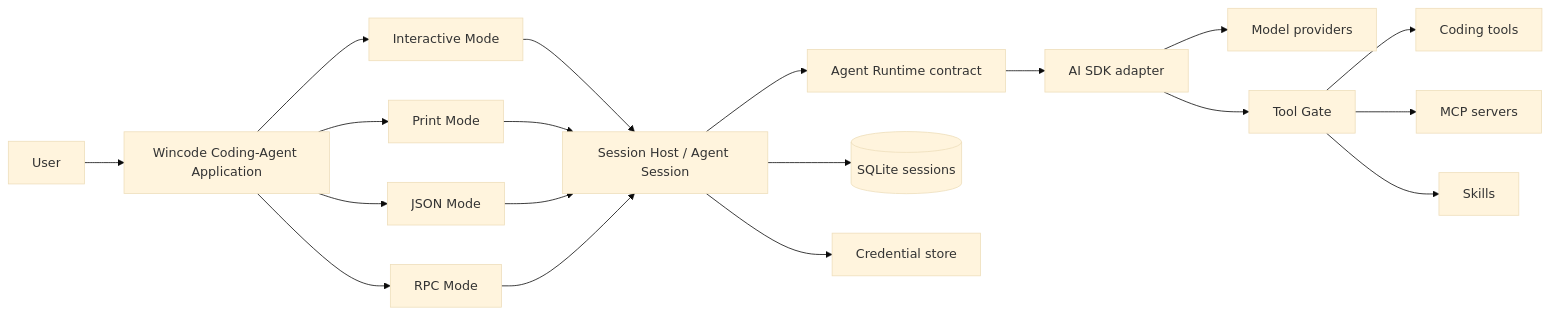
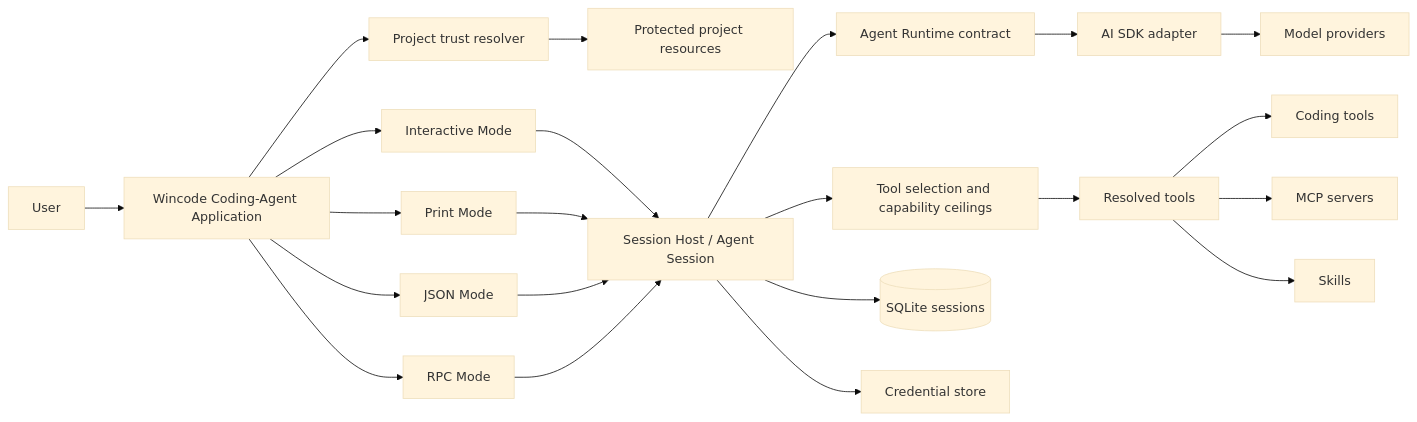
One commit to sonwjnn/wincode changed the diagram in ARCHITECTURE.md. Above: the diagram before and after it, drawn with Mermaid (base theme). The commit also changed other lines of this file and 168 other files, not shown here.

First line of the commit message:
feat(coding-agent)!: require project trust and remove tool approvals

````diff
--- a/ARCHITECTURE.md
+++ b/ARCHITECTURE.md
@@ -10,21 +10,24 @@
 ```mermaid
 flowchart LR
     User --> App[Wincode Coding-Agent Application]
     App --> Interactive[Interactive Mode]
     App --> Print[Print Mode]
     App --> JSON[JSON Mode]
     App --> RPC[RPC Mode]
+    App --> Trust[Project trust resolver]
+    Trust --> Resources[Protected project resources]
     Interactive --> Session[Session Host / Agent Session]
     Print --> Session
     JSON --> Session
     RPC --> Session
     Session --> Core[Agent Runtime contract]
     Core --> Runtime[AI SDK adapter]
     Runtime --> Providers[Model providers]
-    Runtime --> Gate[Tool Gate]
-    Gate --> Tools[Coding tools]
-    Gate --> MCP[MCP servers]
-    Gate --> Skills[Skills]
+    Session --> Selection[Tool selection and capability ceilings]
+    Selection --> Tools[Resolved tools]
+    Tools --> Coding[Coding tools]
+    Tools --> MCP[MCP servers]
+    Tools --> Skills[Skills]
     Session --> Store[(SQLite sessions)]
     Session --> Secrets[Credential store]
 ```
````
